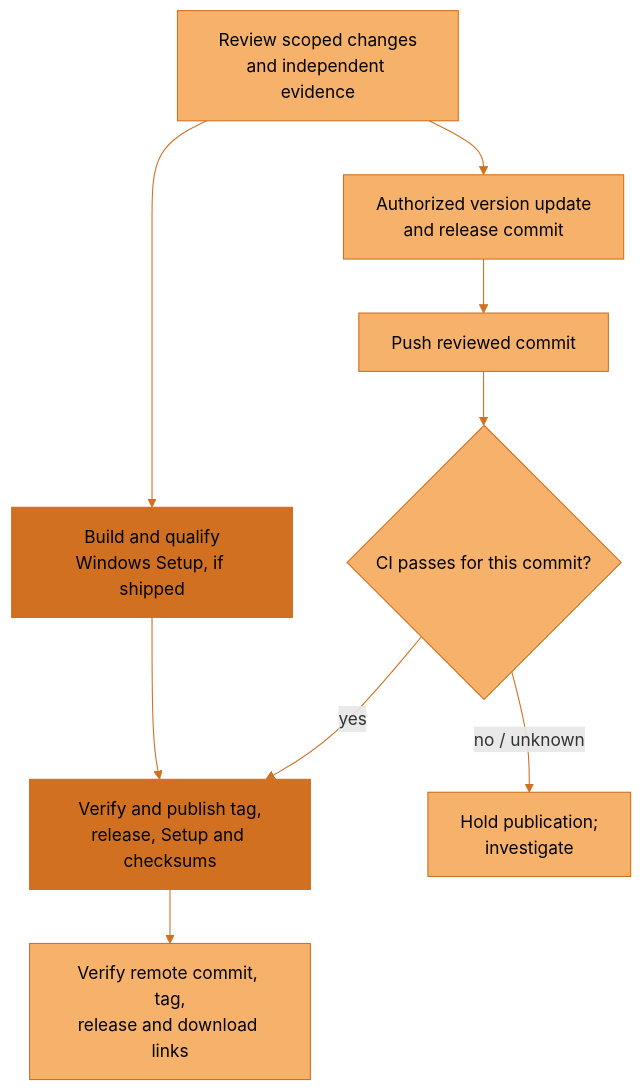
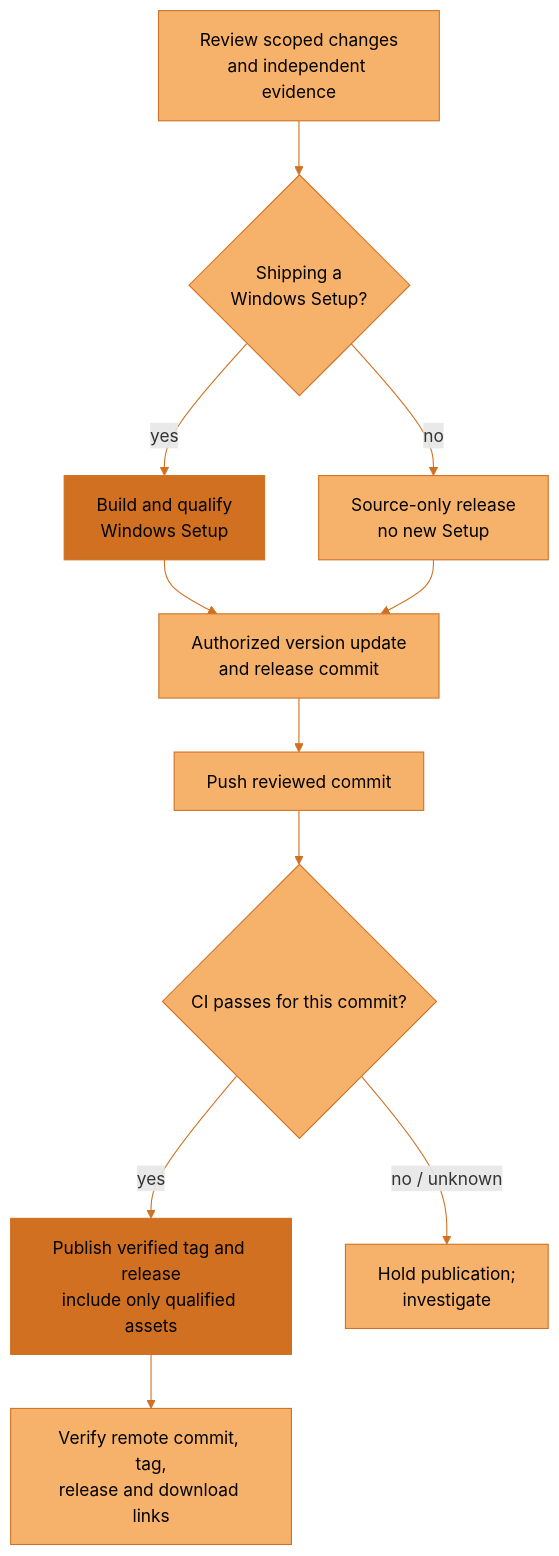
The tenth of 10 diagrams in docs/architecture/overview.md (JosephOIbrahim/Synapse), drawn with Mermaid before and after one commit. The commit also changed 2 other files, not shown here.

Commit message:
docs: clarify release status and improve artist navigation

````diff
--- a/docs/architecture/overview.md
+++ b/docs/architecture/overview.md
@@ -343,17 +343,19 @@
 ```mermaid
 flowchart TD
     accTitle: Publish only the reviewed and checked release commit
-    accDescr: Review changes and independent evidence, prepare an authorized version commit, push it, and require CI for that exact commit. When a release ships a Windows Setup, build and qualify it from the reviewed tree. Publish the tag, release, Setup and checksums only after the checks pass, then verify the remote references, release state and download links.
-    A["Review scoped changes<br/>and independent evidence"] --> B["Authorized version update<br/>and release commit"]
-    A --> I["Build and qualify<br/>Windows Setup, if shipped"]
+    accDescr: Review changes and independent evidence, prepare an authorized version commit, push it, and require CI for that exact commit. Choose source-only publication or build and qualify a Windows Setup from the reviewed tree before the release commit. Publish the tag and release only after exact-commit CI passes; include Setup and checksums only for the installer path. Then verify the remote references, release state and any download links.
+    A["Review scoped changes<br/>and independent evidence"] --> K{"Shipping a<br/>Windows Setup?"}
+    K -->|"yes"| I["Build and qualify<br/>Windows Setup"]
+    K -->|"no"| O["Source-only release<br/>no new Setup"]
+    I --> B["Authorized version update<br/>and release commit"]
+    O --> B
     B --> P["Push reviewed commit"]
     P --> C{"CI passes for this commit?"}
-    C -->|"yes"| T["Verify and publish tag,<br/>release, Setup and checksums"]
-    I --> T
+    C -->|"yes"| T["Publish verified tag and release<br/>include only qualified assets"]
     C -->|"no / unknown"| H["Hold publication;<br/>investigate"]
     T --> V["Verify remote commit, tag,<br/>release and download links"]
     classDef default fill:#F6B26B,stroke:#D07020,color:#000000
     classDef synapse fill:#D07020,stroke:#D07020,color:#000000
     class I,T synapse
     linkStyle default stroke:#D07020
 ```
````
